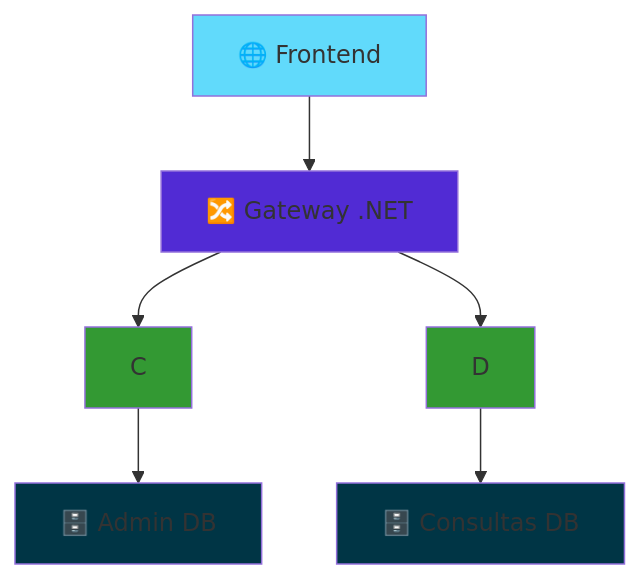
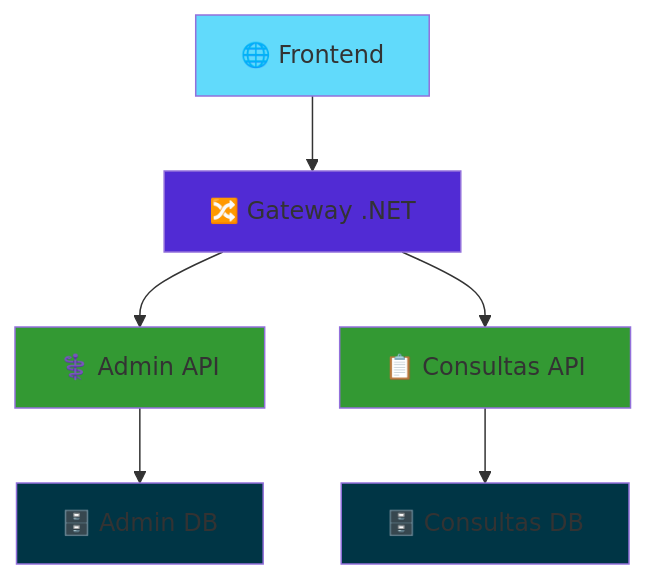
Before and after one commit to A1EXF6A/vacio2: the first of 3 diagrams in README.md, drawn with Mermaid.

````diff
--- a/README.md
+++ b/README.md
@@ -9,15 +9,15 @@
 ```mermaid
 graph TB
     A[🌐 Frontend] --> B[🔀 Gateway .NET]
-    B --> C
-    B --> D
+    B --> C[⚕️ Admin API]
+    B --> D[📋 Consultas API]
     C --> E[🗄️ Admin DB]
     D --> F[🗄️ Consultas DB]
     
     style A fill:#61dafb
     style B fill:#512bd4
     style C fill:#339933
     style D fill:#339933
     style E fill:#003545
     style F fill:#003545
 ```
````
